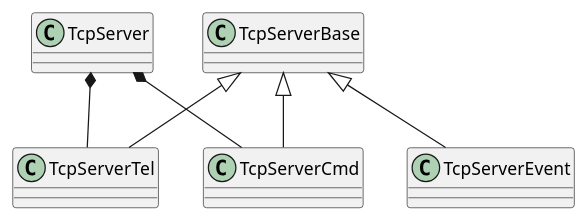
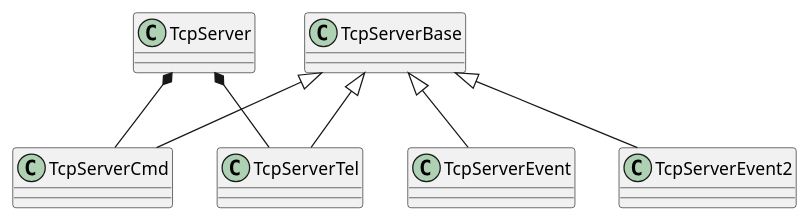
Before and after one commit to pcortes80/plantuml_markdown_integration: the diagram in README.md, drawn with PlantUML.

Commit message:
Add new class Event2

````diff
--- a/README.md
+++ b/README.md
@@ -12,9 +12,10 @@
 ```plantuml:sample-class
 @startuml
 TcpServerBase <|-- TcpServerCmd
 TcpServerBase <|-- TcpServerTel
 TcpServerBase <|-- TcpServerEvent
+TcpServerBase <|-- TcpServerEvent2
 TcpServer *-- TcpServerCmd
 TcpServer *-- TcpServerTel
 @enduml
 ```
````
